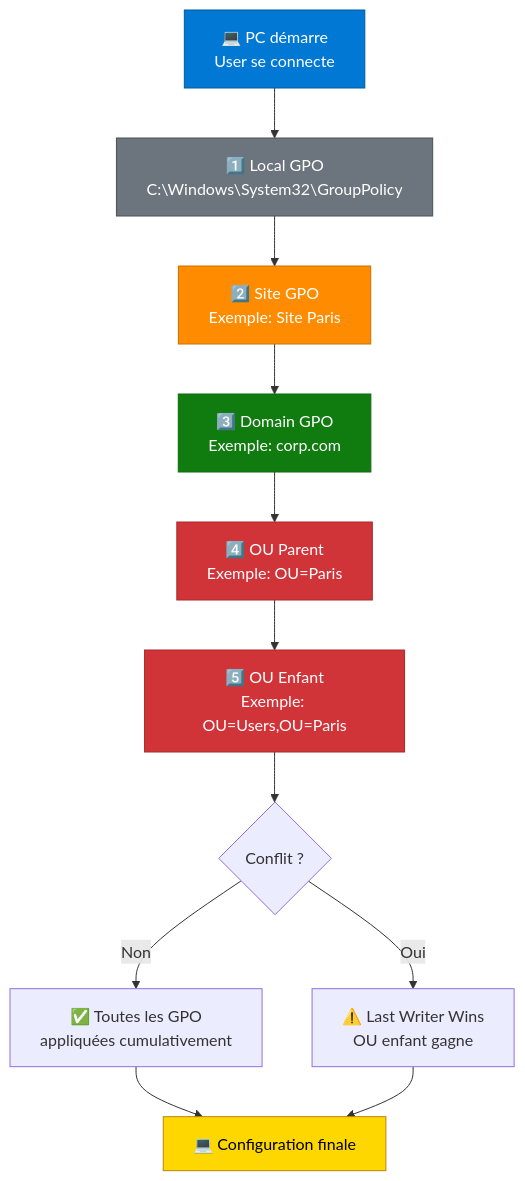
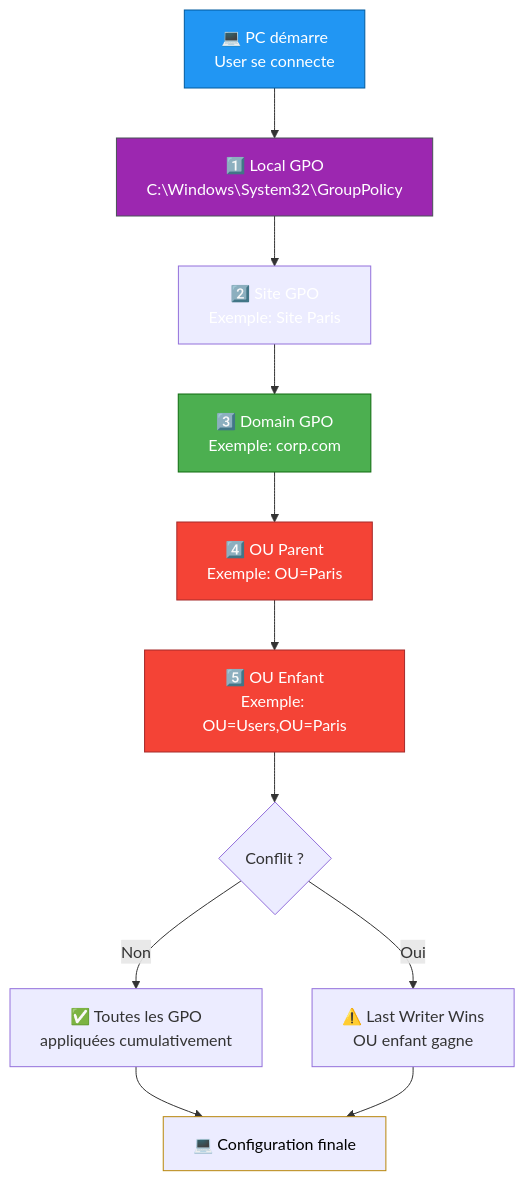
The second of 2 diagrams in docs/formations/windows-server/02-module.md (VBlackJack/ShellBook), drawn with Mermaid before and after one commit. The commit also changed other lines of this file and 337 other files, not shown here.

First line of the commit message:
refactor(docs): Standardize code blocks and Mermaid colors

````diff
--- a/docs/formations/windows-server/02-module.md
+++ b/docs/formations/windows-server/02-module.md
@@ -205,25 +205,25 @@
 ```mermaid
 flowchart TD
     Start[💻 PC démarre<br/>User se connecte] --> L[1️⃣ Local GPO<br/>C:\Windows\System32\GroupPolicy]
 
     L --> S[2️⃣ Site GPO<br/>Exemple: Site Paris]
     S --> D[3️⃣ Domain GPO<br/>Exemple: corp.com]
     D --> O1[4️⃣ OU Parent<br/>Exemple: OU=Paris]
     O1 --> O2[5️⃣ OU Enfant<br/>Exemple: OU=Users,OU=Paris]
 
     O2 --> Conflict{Conflit ?}
 
     Conflict -->|Non| Apply[✅ Toutes les GPO<br/>appliquées cumulativement]
     Conflict -->|Oui| LastWins[⚠️ Last Writer Wins<br/>OU enfant gagne]
 
     Apply --> Result[💻 Configuration finale]
     LastWins --> Result
 
-    style Start fill:#0078d4,stroke:#005a9e,color:#fff
-    style L fill:#6c757d,stroke:#495057,color:#fff
-    style S fill:#ff8c00,stroke:#cc7000,color:#fff
-    style D fill:#107c10,stroke:#0e6b0e,color:#fff
-    style O1 fill:#d13438,stroke:#a52a2a,color:#fff
-    style O2 fill:#d13438,stroke:#a52a2a,color:#fff
-    style Result fill:#ffd700,stroke:#b8860b,color:#000
+    style Start fill:#2196F3,stroke:#005a9e,color:#fff
+    style L fill:#9C27B0,stroke:#495057,color:#fff
+    style S fill:#FF9800800800,stroke:#FF9800800,color:#fff
+    style D fill:#4CAF50,stroke:#0e6b0e,color:#fff
+    style O1 fill:#f44336,stroke:#a52a2a,color:#fff
+    style O2 fill:#f44336,stroke:#a52a2a,color:#fff
+    style Result fill:#FF9800800800,stroke:#b8860b,color:#000
 ```
````
